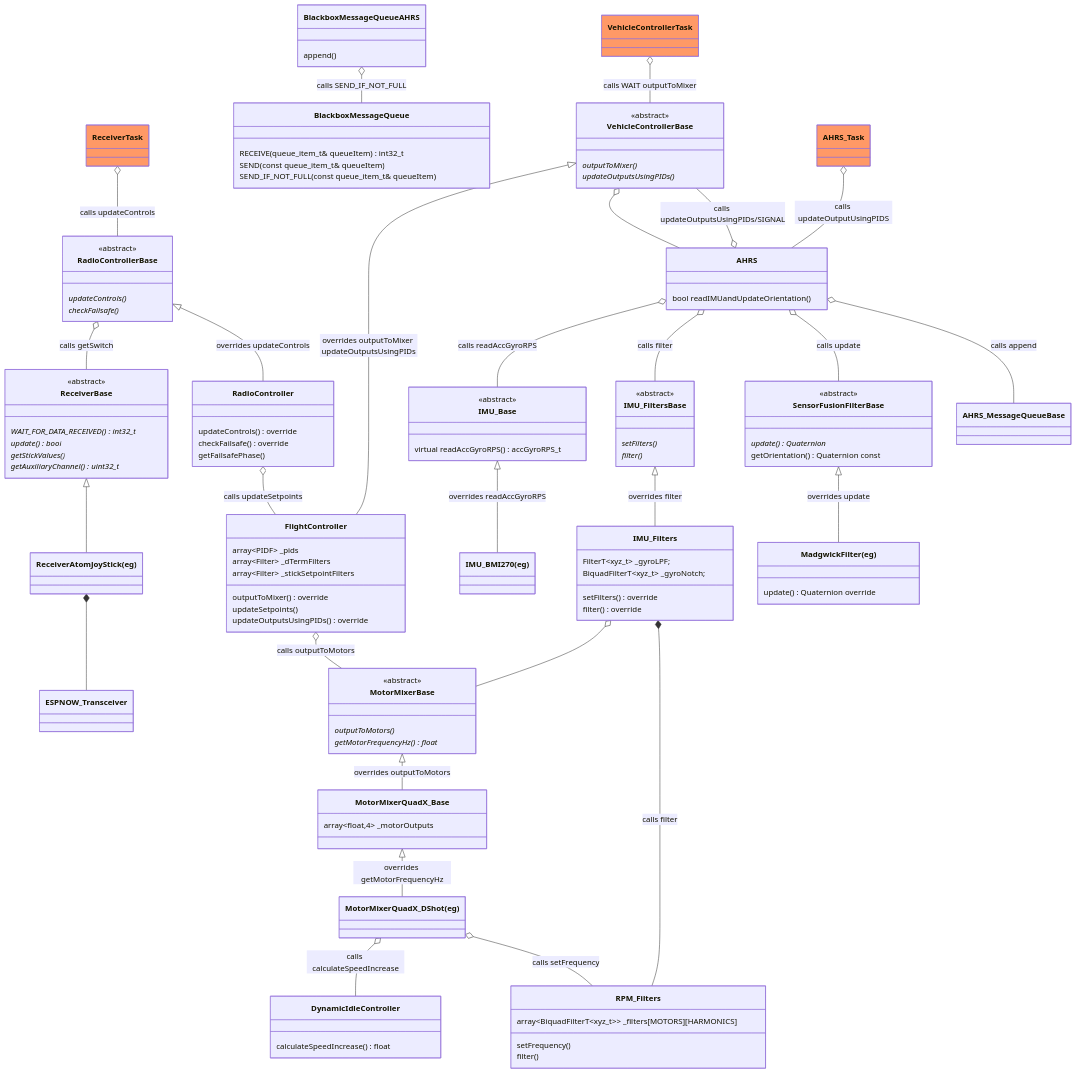
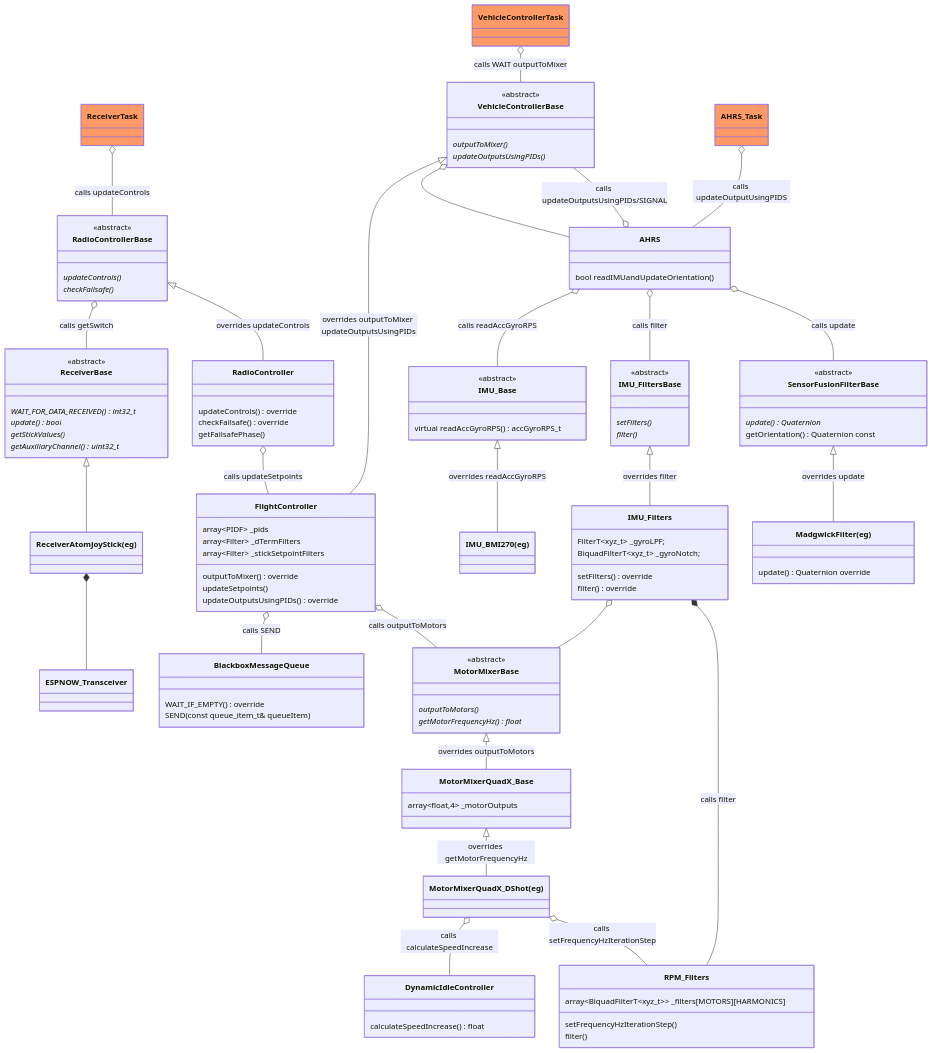
Before and after one commit to martinbudden/Protoflight: the first of 5 diagrams in README.md, drawn with Mermaid. The commit also changed other lines of this file and 8 other files, not shown here.

```diff
--- a/README.md
+++ b/README.md
@@ -255,18 +255,6 @@
         getOrientation() Quaternion const
     }
     link SensorFusionFilterBase "https://github.com/martinbudden/Library-SensorFusion/blob/main/src/SensorFusion.h"
-    class BlackboxMessageQueueAHRS {
-        append()
-    }
-    link BlackboxMessageQueueAHRS "https://github.com/martinbudden/protoflight/blob/main/lib/Blackbox/src/BlackboxMessageQueueAHRS.h"
-    class BlackboxMessageQueue {
-        RECEIVE(queue_item_t& queueItem) int32_t
-        SEND(const queue_item_t& queueItem)
-        SEND_IF_NOT_FULL(const queue_item_t& queueItem)
-    }
-    link BlackboxMessageQueue "https://github.com/martinbudden/protoflight/blob/main/lib/Blackbox/src/BlackboxMessageQueue.h"
-    BlackboxMessageQueueAHRS o-- BlackboxMessageQueue : calls SEND_IF_NOT_FULL
-
 
     class IMU_Base {
         <<abstract>>
@@ -298,7 +286,14 @@
 
     class VehicleControllerTask:::taskClass {
     }
+    link VehicleControllerTask "https://github.com/martinbudden/Library-StabilizedVehicle/blob/main/src/VehicleControllerTask.h"
     VehicleControllerTask o-- VehicleControllerBase : calls WAIT outputToMixer
+
+    class BlackboxMessageQueue {
+        WAIT_IF_EMPTY() override
+        SEND(const queue_item_t& queueItem)
+    }
+    link BlackboxMessageQueue "https://github.com/martinbudden/protoflight/blob/main/lib/Blackbox/src/BlackboxMessageQueue.h"
 
     class FlightController {
         array~PIDF~ _pids
@@ -310,6 +305,7 @@
     }
     link FlightController "https://github.com/martinbudden/protoflight/blob/main/lib/FlightController/src/FlightController.h"
     RadioController o-- FlightController : calls updateSetpoints
+    FlightController o-- BlackboxMessageQueue : calls SEND
     FlightController o-- MotorMixerBase : calls outputToMotors
 
     class AHRS {
@@ -319,9 +315,9 @@
     AHRS o-- IMU_Base : calls readAccGyroRPS
     AHRS o-- IMU_FiltersBase : calls filter
     AHRS o-- SensorFusionFilterBase : calls update
-    AHRS o-- AHRS_MessageQueueBase : calls append
     class AHRS_Task:::taskClass {
     }
+    link AHRS_Task "https://github.com/martinbudden/Library-StabilizedVehicle/blob/main/src/AHRS_Task.h"
     AHRS_Task o-- AHRS : calls updateOutputUsingPIDS
 
     VehicleControllerBase <|-- FlightController : overrides outputToMixer updateOutputsUsingPIDs
@@ -346,6 +342,7 @@
     link RadioControllerBase "https://github.com/martinbudden/Library-Receiver/blob/main/src/RadioControllerBase.h"
 
     ReceiverTask o-- RadioControllerBase : calls updateControls
+    link ReceiverTask "https://github.com/martinbudden/Library-Receiver/blob/main/src/ReceiverTask.h"
     %%RadioControllerBase --o ReceiverTask : calls updateControls
 
     RadioControllerBase o--ReceiverBase : calls getSwitch
@@ -359,7 +356,7 @@
 
     class RPM_Filters {
         array~BiquadFilterT~xyz_t~~ _filters[MOTORS][HARMONICS]
-        setFrequency()
+        setFrequencyHzIterationStep()
         filter()
     }
     link RPM_Filters "https://github.com/martinbudden/protoflight/blob/main/lib/FlightController/src/RPM_Filters.h"
@@ -388,7 +385,7 @@
     class MotorMixerQuadX_DShot["MotorMixerQuadX_DShot(eg)"]
     link MotorMixerQuadX_DShot "https://github.com/martinbudden/protoflight/blob/main/lib/MotorMixers/src/MotorMixerQuadX_DShot.h"
     MotorMixerQuadX_DShot o-- DynamicIdleController : calls calculateSpeedIncrease
-    MotorMixerQuadX_DShot o-- RPM_Filters : calls setFrequency
+    MotorMixerQuadX_DShot o-- RPM_Filters : calls setFrequencyHzIterationStep
 
     IMU_Base <|-- IMU_BMI270 : overrides readAccGyroRPS
     class IMU_BMI270["IMU_BMI270(eg)"]
```
